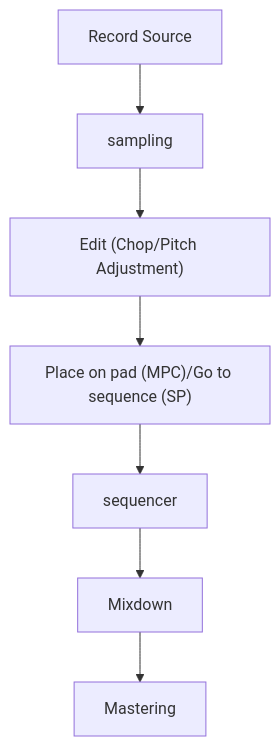
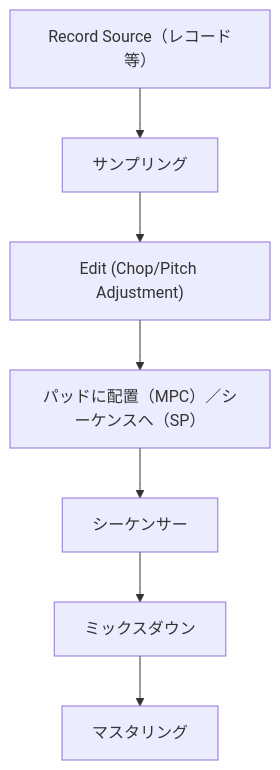
The second of 21 diagrams in en/_posts/2025-11-20-column-akai-mpc-60-emu-sp1200.md (monumental-movement/monumental-movement.github.io), drawn with Mermaid before and after one commit. The commit also changed other lines of this file and 2196 other files, not shown here.

```diff
--- a/en/_posts/2025-11-20-column-akai-mpc-60-emu-sp1200.md
+++ b/en/_posts/2025-11-20-column-akai-mpc-60-emu-sp1200.md
@@ -238,11 +238,11 @@
 <div class="mermaid">
     
 flowchart TD
-  SR["Record Source"] --> SAMP["sampling"]
+  SR["Record Source（レコード等）"] --> SAMP["サンプリング"]
   SAMP --> EDIT["Edit (Chop/Pitch Adjustment)"]
-  EDIT --> PAD["Place on pad (MPC)/Go to sequence (SP)"]
-  PAD --> SEQ["sequencer"]
-  SEQ --> MIX["Mixdown"]
-  MIX --> MASTER["Mastering"]
+  EDIT --> PAD["パッドに配置（MPC）／シーケンスへ（SP）"]
+  PAD --> SEQ["シーケンサー"]
+  SEQ --> MIX["ミックスダウン"]
+  MIX --> MASTER["マスタリング"]
 
 </div> 
```
